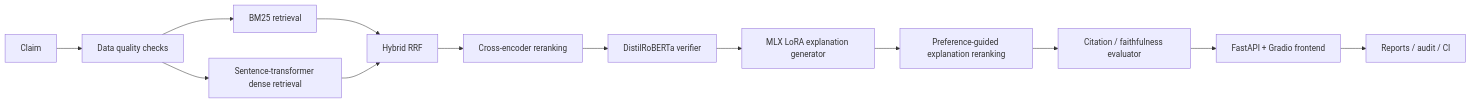
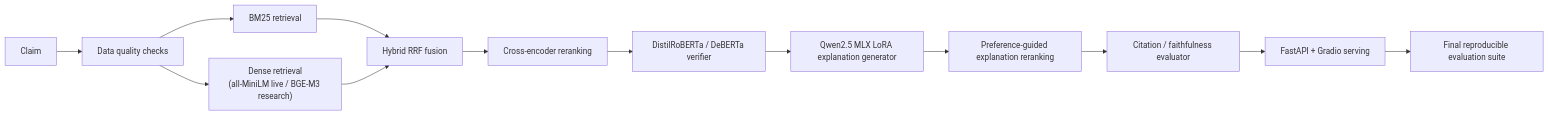
One commit to sushildalavi/veritas changed the diagram in docs/ARCHITECTURE.md. Above: the diagram before and after it, drawn with Mermaid. The commit also changed other lines of this file and 25 other files, not shown here.

````diff
--- a/docs/ARCHITECTURE.md
+++ b/docs/ARCHITECTURE.md
@@ -10,15 +12,15 @@
 ```mermaid
 flowchart LR
     A["Claim"] --> B["Data quality checks"]
     B --> C["BM25 retrieval"]
-    B --> D["Sentence-transformer dense retrieval"]
-    C --> E["Hybrid RRF"]
+    B --> D["Dense retrieval\n(all-MiniLM live / BGE-M3 research)"]
+    C --> E["Hybrid RRF fusion"]
     D --> E
     E --> F["Cross-encoder reranking"]
-    F --> G["DistilRoBERTa verifier"]
-    G --> H["MLX LoRA explanation generator"]
+    F --> G["DistilRoBERTa / DeBERTa verifier"]
+    G --> H["Qwen2.5 MLX LoRA explanation generator"]
     H --> I["Preference-guided explanation reranking"]
     I --> J["Citation / faithfulness evaluator"]
-    J --> K["FastAPI + Gradio frontend"]
-    K --> L["Reports / audit / CI"]
+    J --> K["FastAPI + Gradio serving"]
+    K --> L["Final reproducible evaluation suite"]
 ```
````
